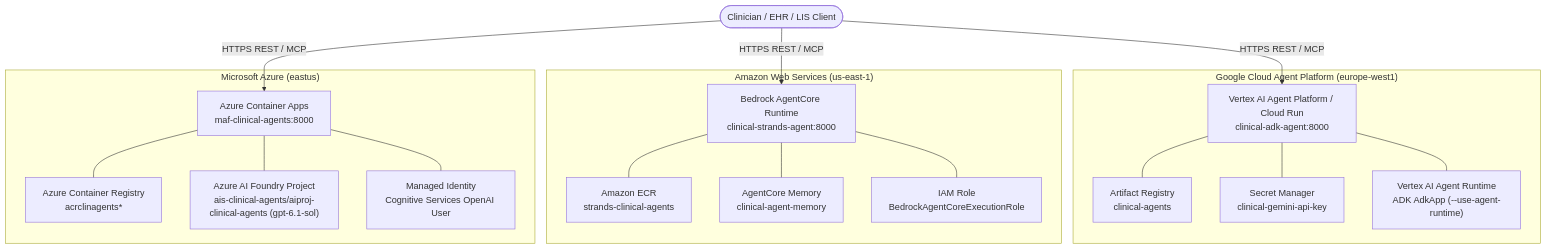
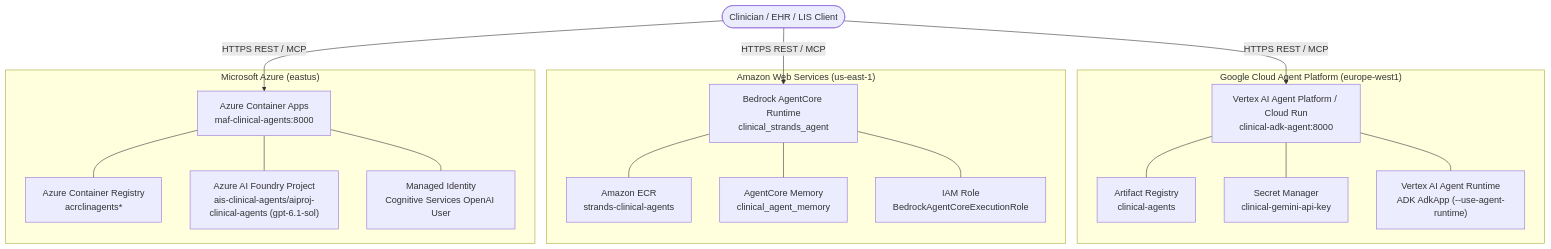
The first of 2 diagrams in deployment/README.md (amitpuri/multiagent-retrieval-gaps), drawn with Mermaid before and after one commit. The commit also changed other lines of this file and 92 other files, not shown here.

````diff
--- a/deployment/README.md
+++ b/deployment/README.md
@@ -13,38 +13,38 @@
 ```mermaid
 flowchart TD
     Clinician([Clinician / EHR / LIS Client])
 
     subgraph GCP["Google Cloud Agent Platform (europe-west1)"]
         GCRun["Vertex AI Agent Platform / Cloud Run\nclinical-adk-agent:8000"]
         GAR["Artifact Registry\nclinical-agents"]
         GSM["Secret Manager\nclinical-gemini-api-key"]
         VAE["Vertex AI Agent Runtime\nADK AdkApp (--use-agent-runtime)"]
         GCRun --- GAR
         GCRun --- GSM
         GCRun --- VAE
     end
 
     subgraph AWS["Amazon Web Services (us-east-1)"]
-        AgentCore["Bedrock AgentCore Runtime\nclinical-strands-agent:8000"]
+        AgentCore["Bedrock AgentCore Runtime\nclinical_strands_agent"]
         ECR["Amazon ECR\nstrands-clinical-agents"]
-        Mem["AgentCore Memory\nclinical-agent-memory"]
+        Mem["AgentCore Memory\nclinical_agent_memory"]
         IAM_AC["IAM Role\nBedrockAgentCoreExecutionRole"]
         AgentCore --- ECR
         AgentCore --- Mem
         AgentCore --- IAM_AC
     end
 
     subgraph Azure["Microsoft Azure (eastus)"]
         ACA["Azure Container Apps\nmaf-clinical-agents:8000"]
         ACR["Azure Container Registry\nacrclinagents*"]
         Foundry["Azure AI Foundry Project\nais-clinical-agents/aiproj-clinical-agents (gpt-6.1-sol)"]
         MI["Managed Identity\nCognitive Services OpenAI User"]
         ACA --- ACR
         ACA --- Foundry
         ACA --- MI
     end
 
     Clinician -->|HTTPS REST / MCP| GCRun
     Clinician -->|HTTPS REST / MCP| AgentCore
     Clinician -->|HTTPS REST / MCP| ACA
 ```
````
